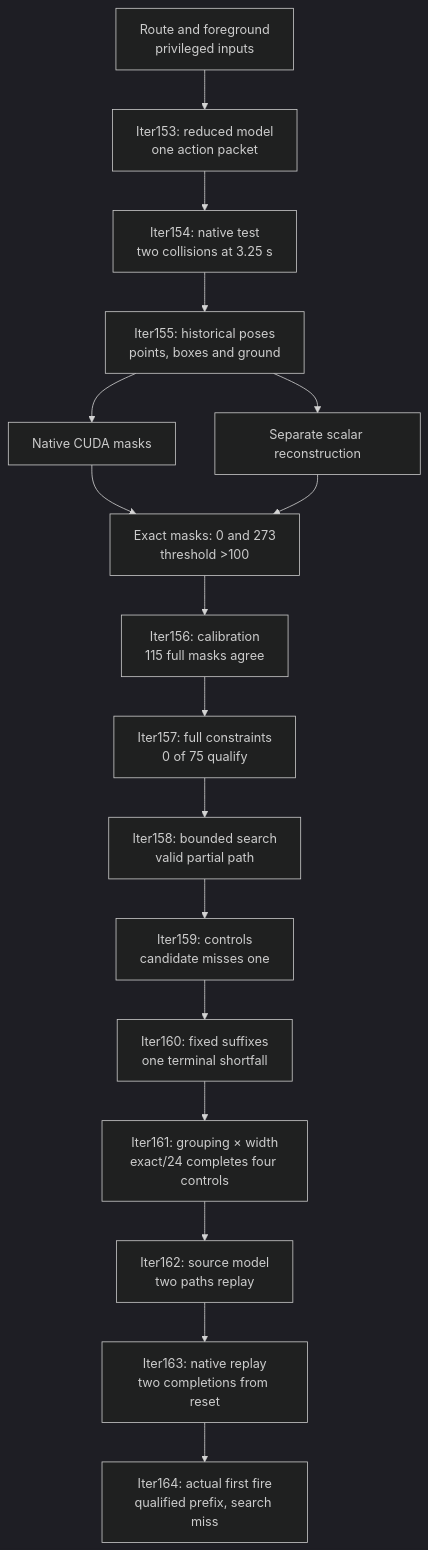
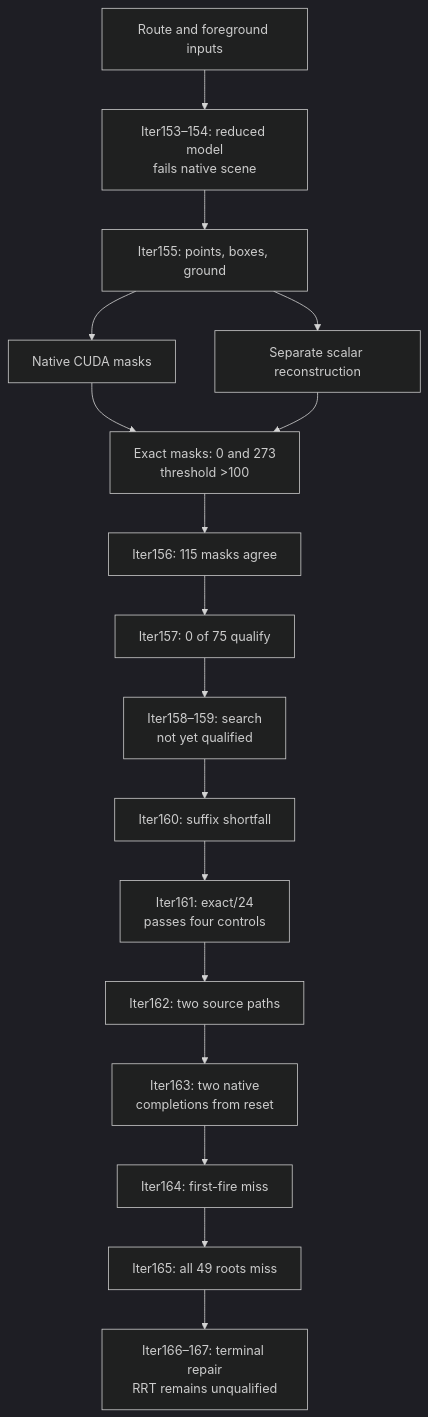
One commit to manfromnowhere143/sentinel changed the fourth of 4 diagrams in docs/ARCHITECTURE.md. Above: the diagram before and after it, drawn with Mermaid (dark theme). The commit also changed other lines of this file and 23 other files, not shown here.

Commit message:
research: close braking audit and planner qualification with explicit limits

````diff
--- a/docs/ARCHITECTURE.md
+++ b/docs/ARCHITECTURE.md
@@ -209,21 +209,21 @@
 ```mermaid
 flowchart TB
-  accTitle: Native completion and monitor-time search miss
-  accDescr: Reset completes; search from the actual history misses.
-  G["Route and foreground<br/>privileged inputs"] --> M["Iter153: reduced model<br/>one action packet"]
-  M --> N["Iter154: native test<br/>two collisions at 3.25 s"]
-  N --> X["Iter155: historical poses<br/>points, boxes and ground"]
+  accTitle: From full-scene constraints to planner qualification
+  accDescr: Complete reset paths do not establish first-fire recovery.
+  G["Route and foreground inputs"] --> M["Iter153–154: reduced model<br/>fails native scene"]
+  M --> X["Iter155: points, boxes, ground"]
   X --> C["Native CUDA masks"]
   X --> S["Separate scalar reconstruction"]
   C --> E["Exact masks: 0 and 273<br/>threshold >100"]
   S --> E
-  E --> F["Iter156: calibration<br/>115 full masks agree"]
-  F --> L["Iter157: full constraints<br/>0 of 75 qualify"]
-  L --> A["Iter158: bounded search<br/>valid partial path"]
-  A --> Q["Iter159: controls<br/>candidate misses one"]
-  Q --> K["Iter160: fixed suffixes<br/>one terminal shortfall"]
-  K --> Z["Iter161: grouping × width<br/>exact/24 completes four controls"]
-  Z --> Y["Iter162: source model<br/>two paths replay"]
-  Y --> V["Iter163: native replay<br/>two completions from reset"]
-  V --> B["Iter164: actual first fire<br/>qualified prefix, search miss"]
+  E --> F["Iter156: 115 masks agree"]
+  F --> L["Iter157: 0 of 75 qualify"]
+  L --> A["Iter158–159: search<br/>not yet qualified"]
+  A --> K["Iter160: suffix shortfall"]
+  K --> Z["Iter161: exact/24<br/>passes four controls"]
+  Z --> Y["Iter162: two source paths"]
+  Y --> V["Iter163: two native<br/>completions from reset"]
+  V --> B["Iter164: first-fire miss"]
+  B --> D["Iter165: all 49 roots miss"]
+  D --> R["Iter166–167: terminal repair<br/>RRT remains unqualified"]
 ```
````
